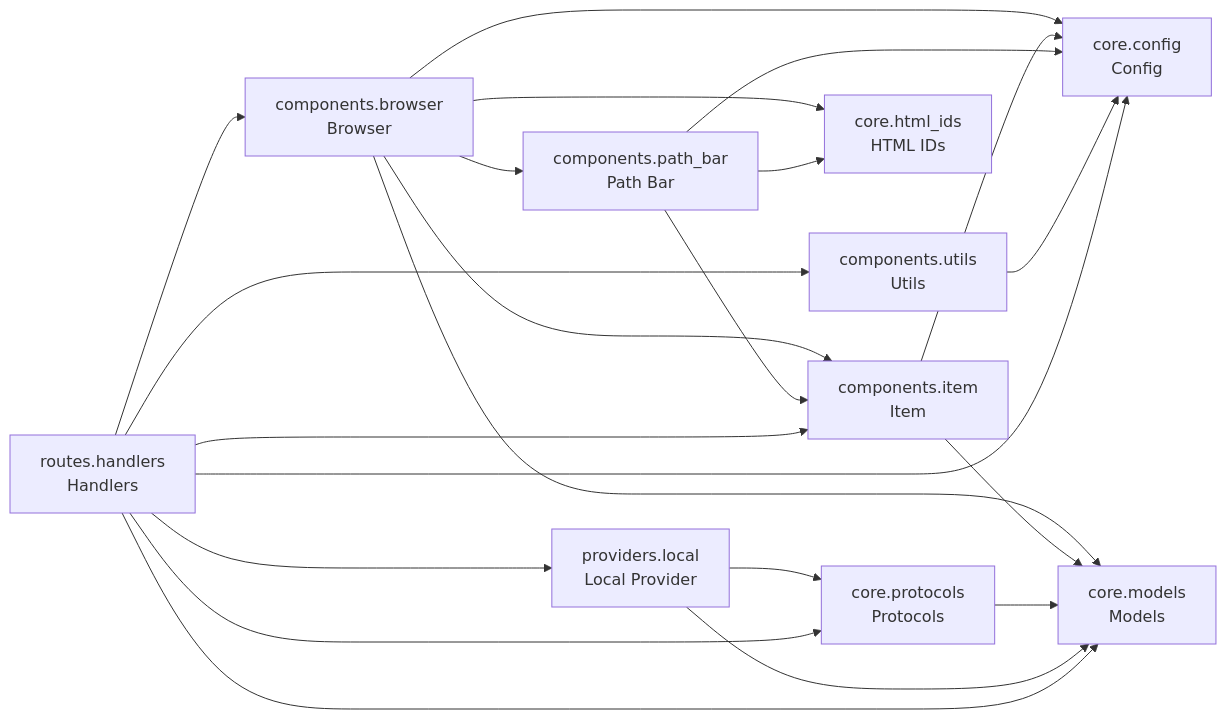
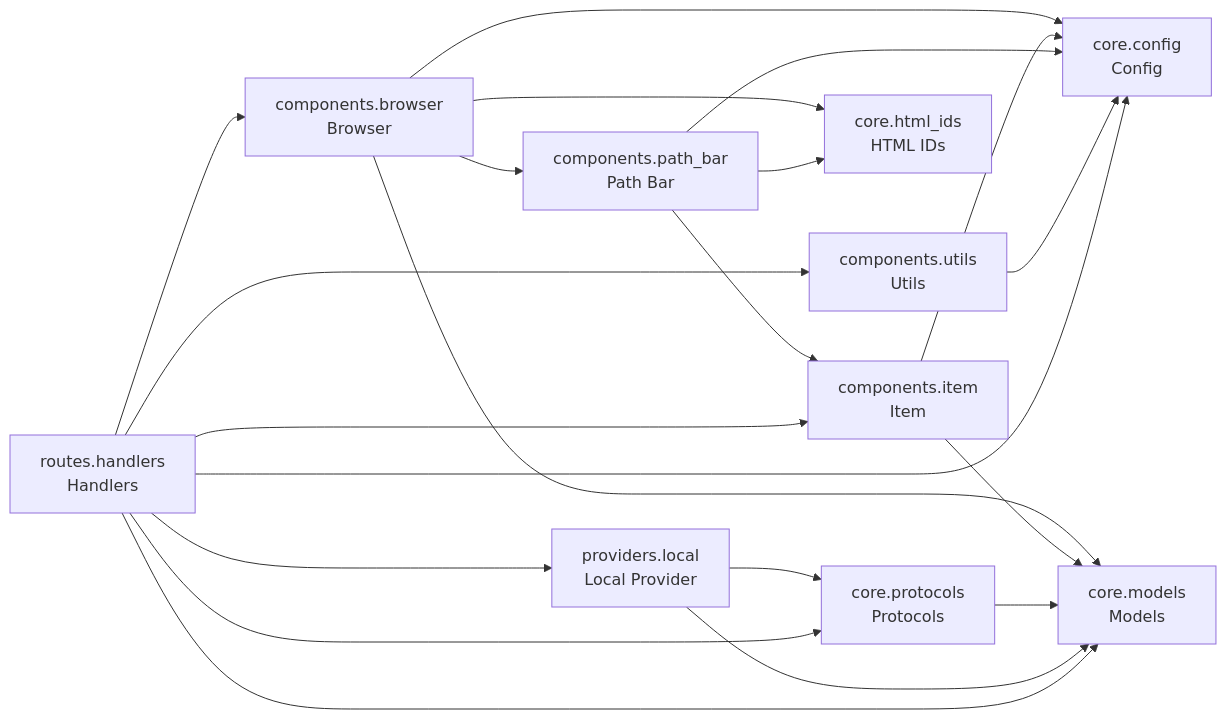
Before and after one commit to cj-mills/cjm-fasthtml-file-browser: the diagram in README.md, drawn with Mermaid. The commit also changed other lines of this file and 7 other files, not shown here.

Commit message:
Migrate local empty-state helpers to cjm-fasthtml-app-core's render_empty_state (V8 anatomy).

````diff
--- a/README.md
+++ b/README.md
@@ -34,35 +34,34 @@
 ``` mermaid
 graph LR
     components_browser[components.browser<br/>Browser]
     components_item[components.item<br/>Item]
     components_path_bar[components.path_bar<br/>Path Bar]
     components_utils[components.utils<br/>Utils]
     core_config[core.config<br/>Config]
     core_html_ids[core.html_ids<br/>HTML IDs]
     core_models[core.models<br/>Models]
     core_protocols[core.protocols<br/>Protocols]
     providers_local[providers.local<br/>Local Provider]
     routes_handlers[routes.handlers<br/>Handlers]
 
+    components_browser --> core_config
+    components_browser --> core_html_ids
+    components_browser --> core_models
     components_browser --> components_path_bar
-    components_browser --> core_config
-    components_browser --> core_models
-    components_browser --> core_html_ids
-    components_browser --> components_item
     components_item --> core_config
     components_item --> core_models
     components_path_bar --> core_config
+    components_path_bar --> core_html_ids
     components_path_bar --> components_item
-    components_path_bar --> core_html_ids
     components_utils --> core_config
     core_protocols --> core_models
     providers_local --> core_protocols
     providers_local --> core_models
+    routes_handlers --> components_utils
     routes_handlers --> core_config
-    routes_handlers --> components_utils
+    routes_handlers --> components_browser
+    routes_handlers --> providers_local
     routes_handlers --> core_protocols
+    routes_handlers --> core_models
     routes_handlers --> components_item
-    routes_handlers --> providers_local
-    routes_handlers --> components_browser
-    routes_handlers --> core_models
 ```
````
